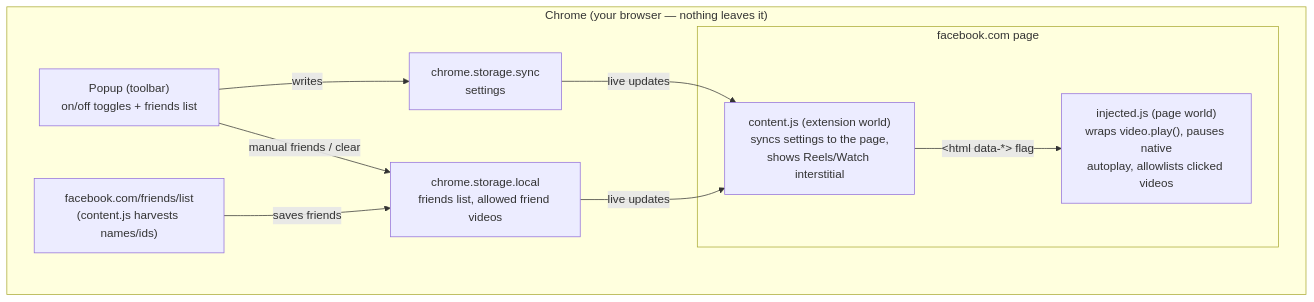
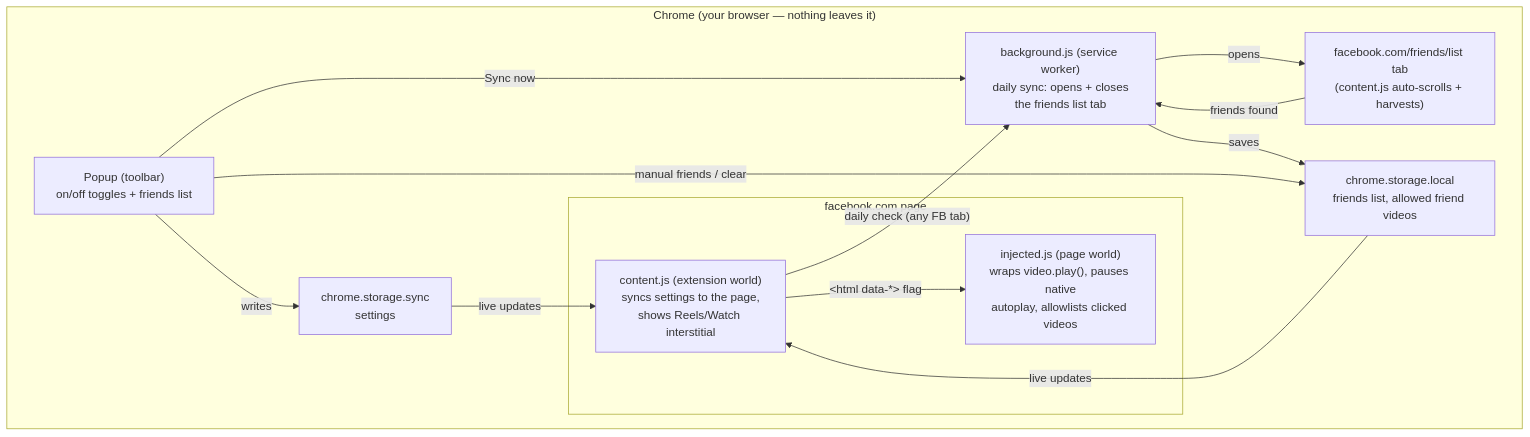
Before and after one commit to jjanczyszyn/fb-video-block: the diagram in README.md, drawn with Mermaid. The commit also changed other lines of this file and 13 other files, not shown here.

First line of the commit message:
feat: refresh the friends list daily (v1.4.0) (#7)

````diff
--- a/README.md
+++ b/README.md
@@ -34,19 +34,24 @@
 ```mermaid
 flowchart TD
     subgraph Chrome["Chrome (your browser — nothing leaves it)"]
         subgraph FB["facebook.com page"]
             INJ["injected.js (page world)\nwraps video.play(), pauses native\nautoplay, allowlists clicked videos"]
             CS["content.js (extension world)\nsyncs settings to the page,\nshows Reels/Watch interstitial"]
         end
         POPUP["Popup (toolbar)\non/off toggles + friends list"]
         STORE["chrome.storage.sync\nsettings"]
         LOCAL["chrome.storage.local\nfriends list, allowed friend videos"]
-        FRIENDS["facebook.com/friends/list\n(content.js harvests names/ids)"]
+        FRIENDS["facebook.com/friends/list tab\n(content.js auto-scrolls + harvests)"]
+        BG["background.js (service worker)\ndaily sync: opens + closes\nthe friends list tab"]
     end
+    CS -->|"daily check (any FB tab)"| BG
+    POPUP -->|Sync now| BG
+    BG -->|opens| FRIENDS
+    FRIENDS -->|friends found| BG
+    BG -->|saves| LOCAL
     POPUP -->|writes| STORE
     POPUP -->|manual friends / clear| LOCAL
-    FRIENDS -->|saves friends| LOCAL
     STORE -->|live updates| CS
     LOCAL -->|live updates| CS
     CS -->|"&lt;html data-*&gt; flag"| INJ
 ```
````
